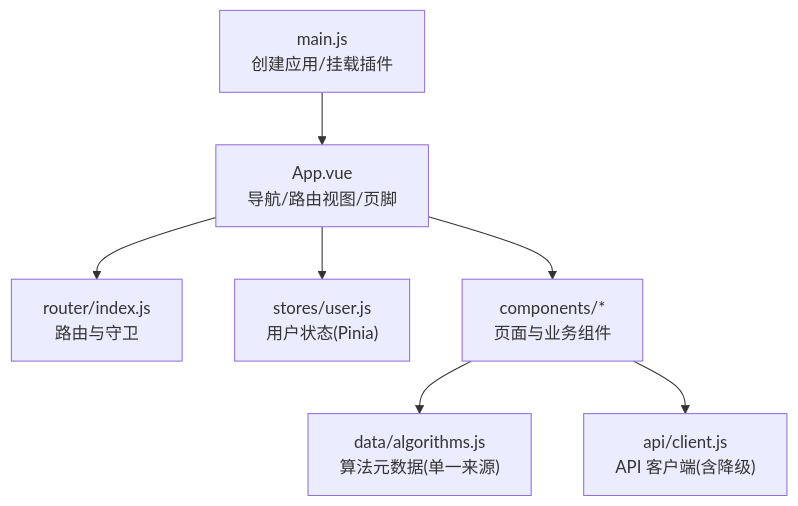
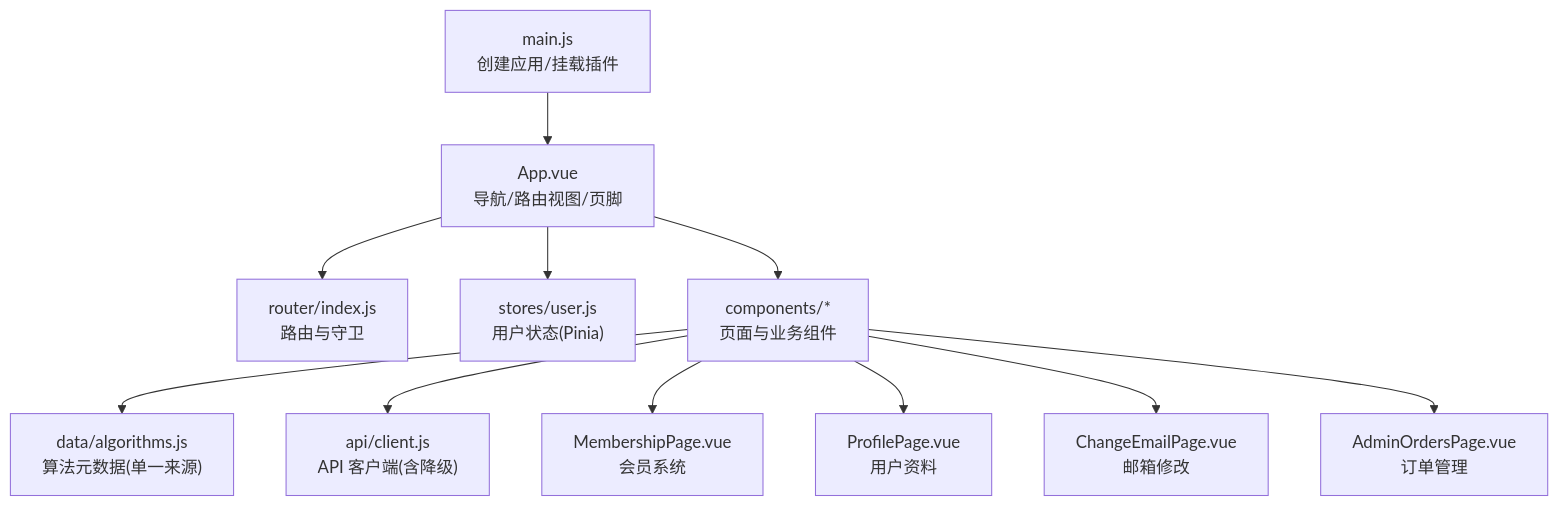
Before and after one commit to huangman881112/aiforip: the first of 13 diagrams in .qoder/repowiki/zh/content/前端组件文档/前端组件文档.md, drawn with Mermaid. The commit also changed other lines of this file and 69 other files, not shown here.

````diff
--- a/.qoder/repowiki/zh/content/前端组件文档/前端组件文档.md
+++ b/.qoder/repowiki/zh/content/前端组件文档/前端组件文档.md
@@ -49,9 +66,13 @@
 ```mermaid
 graph TB
 A["main.js<br/>创建应用/挂载插件"] --> B["App.vue<br/>导航/路由视图/页脚"]
 B --> C["router/index.js<br/>路由与守卫"]
 B --> D["stores/user.js<br/>用户状态(Pinia)"]
 B --> E["components/*<br/>页面与业务组件"]
 E --> F["data/algorithms.js<br/>算法元数据(单一来源)"]
 E --> G["api/client.js<br/>API 客户端(含降级)"]
+E --> H["MembershipPage.vue<br/>会员系统"]
+E --> I["ProfilePage.vue<br/>用户资料"]
+E --> J["ChangeEmailPage.vue<br/>邮箱修改"]
+E --> K["AdminOrdersPage.vue<br/>订单管理"]
 ```
````
